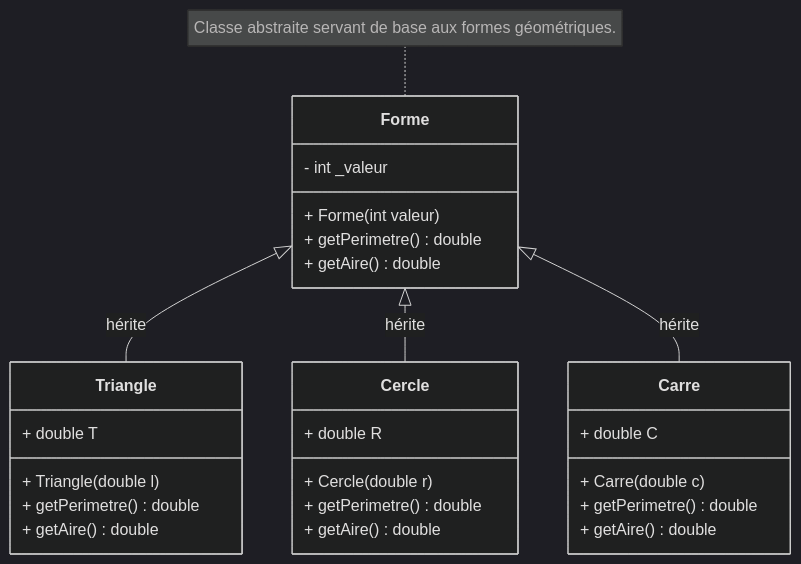
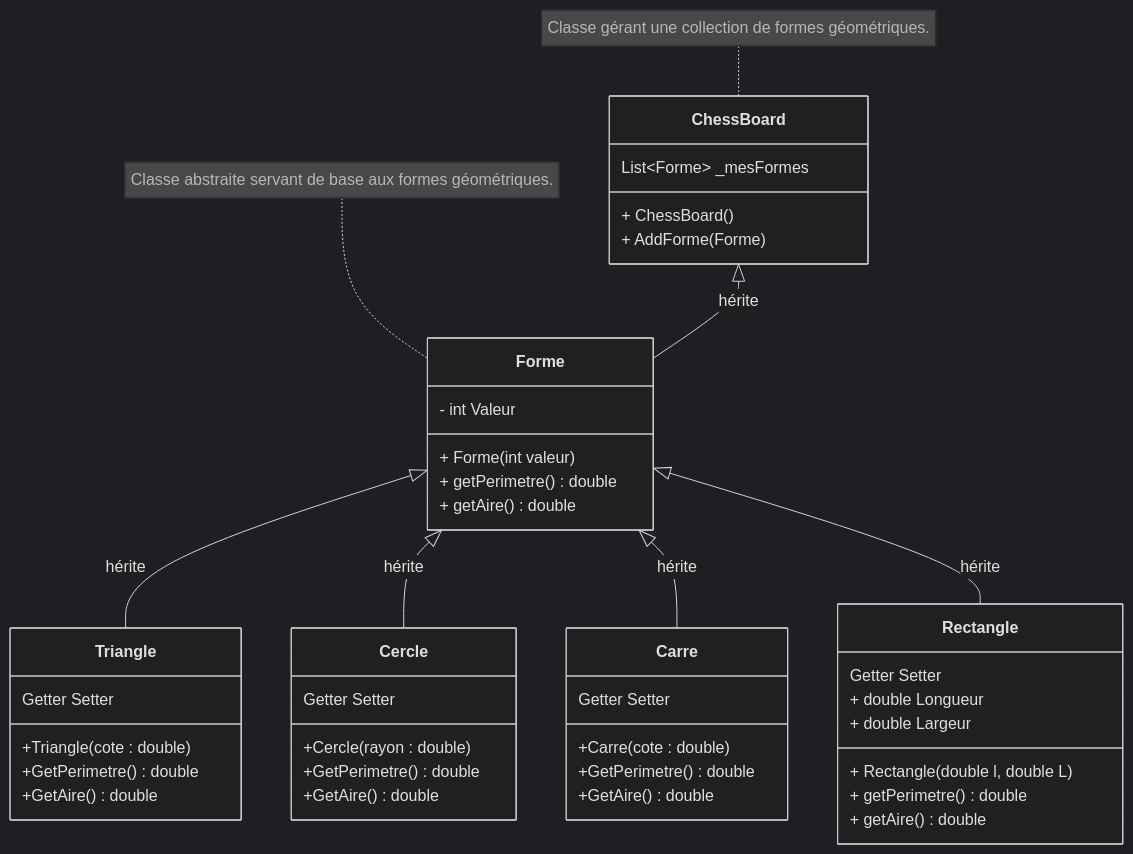
The diagram in uml/diagrame_class.mmd (Wesleysnipzz/fil-rouge), drawn with Mermaid (dark theme) before and after one commit. The commit also changed 97 other files, not shown here.

```diff
--- a/uml/diagrame_class.mmd
+++ b/uml/diagrame_class.mmd
@@ -1,35 +1,49 @@
 classDiagram
     class Forme {
       
-      - int _valeur
+      - int Valeur
       + Forme(int valeur)
       + getPerimetre() double
       + getAire() double
     }
-    
+
     class Triangle {
-      + double T
-      + Triangle(double l)
+        Getter Setter
+        +Triangle(cote : double)
+        +GetPerimetre()  double
+        +GetAire()  double
+    }
+
+    class Cercle {
+        Getter Setter
+        +Cercle(rayon : double)
+        +GetPerimetre()  double
+        +GetAire()  double
+    }
+
+    class Carre {
+        Getter Setter
+        +Carre(cote : double)
+        +GetPerimetre()  double
+        +GetAire()  double
+    }
+    class Rectangle {
+        Getter Setter
+      + double Longueur
+      + double Largeur
+      + Rectangle(double l, double L)
       + getPerimetre() double
       + getAire() double
     }
-
-    class Cercle {
-      + double R
-      + Cercle(double r)
-      + getPerimetre() double
-      + getAire() double
+    class ChessBoard {
+        List~Forme~ _mesFormes
+      + ChessBoard()
+      + AddForme(Forme ) 
     }
-
-    class Carre {
-      + double C  
-      + Carre(double c)
-      + getPerimetre() double
-      + getAire() double
-    }
-
+    ChessBoard <|-- Forme : hérite
     Forme <|-- Triangle : hérite
     Forme <|-- Cercle : hérite
     Forme <|-- Carre : hérite
-
+    Forme <|-- Rectangle : hérite
+    note for ChessBoard "Classe gérant une collection de formes géométriques."
     note for Forme "Classe abstraite servant de base aux formes géométriques."
```
